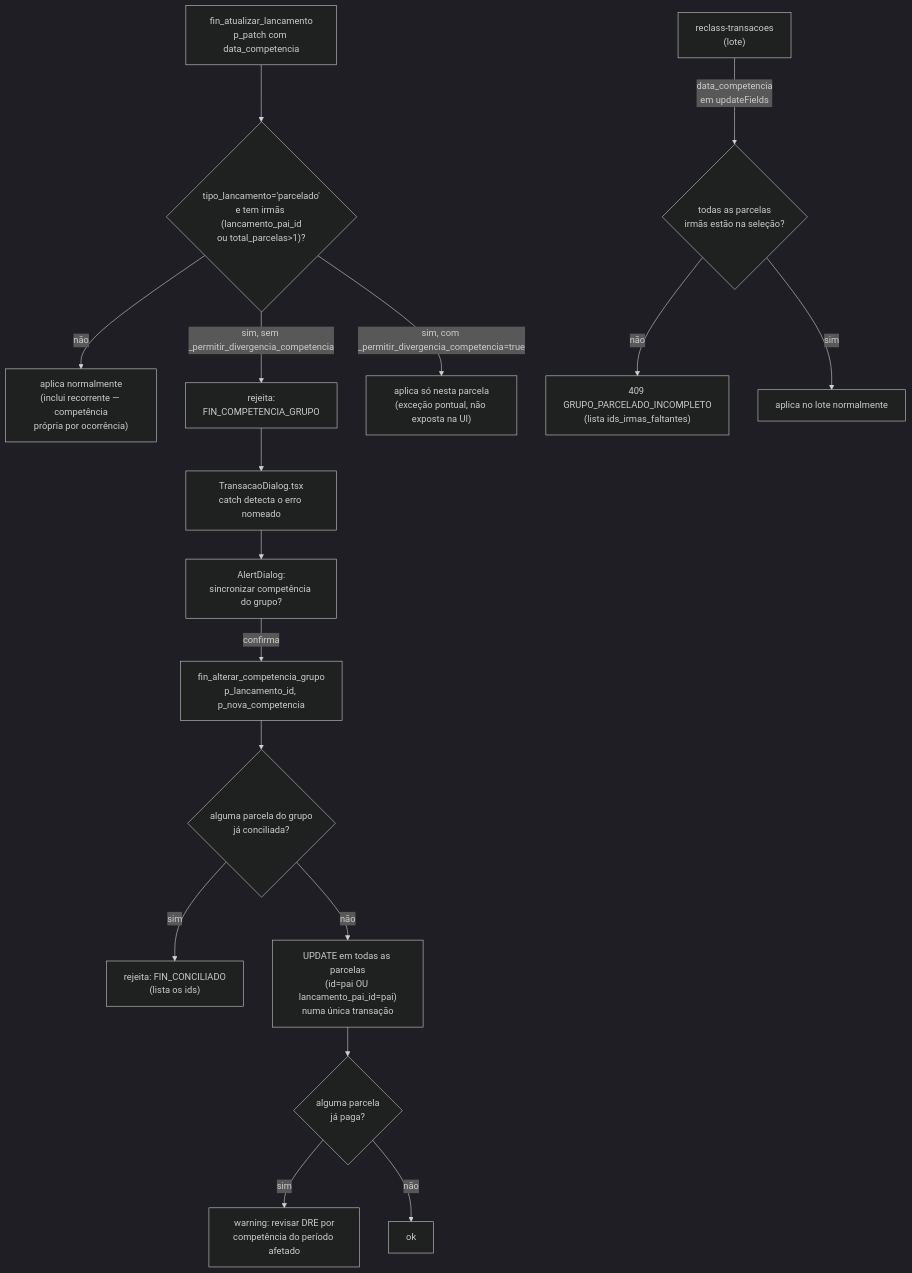
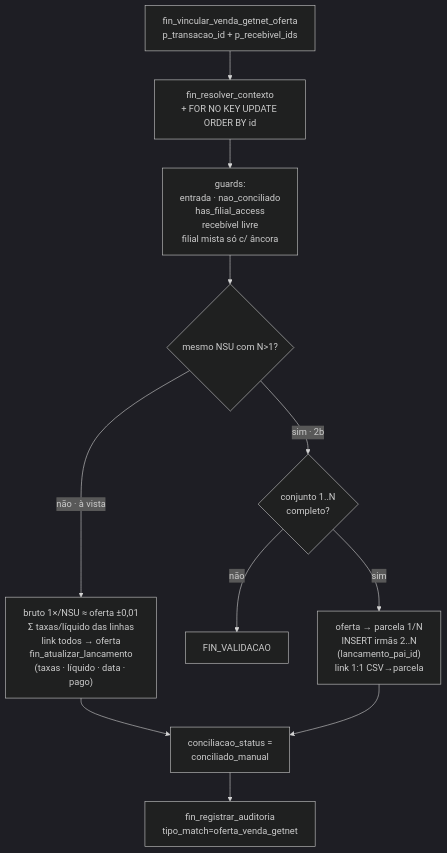
The diagram in docs/diagramas/exports/fluxo-financeiro_21.mmd (adrianoapc/igreja-carvalho), drawn with Mermaid (dark theme) before and after one commit. The commit also changed 31 other files, not shown here.

Commit message:
chore(diagrams): export mermaid PNGs

```diff
--- a/docs/diagramas/exports/fluxo-financeiro_21.mmd
+++ b/docs/diagramas/exports/fluxo-financeiro_21.mmd
@@ -1,22 +1,12 @@
 flowchart TD
-    EDIT["fin_atualizar_lancamento\np_patch com data_competencia"]
-    CHECK{"tipo_lancamento='parcelado'\ne tem irmãs (lancamento_pai_id\nou total_parcelas>1)?"}
-    EDIT --> CHECK
-    CHECK -->|não| APLICA["aplica normalmente\n(inclui recorrente — competência\nprópria por ocorrência)"]
-    CHECK -->|"sim, sem _permitir_divergencia_competencia"| BLOQ["rejeita:\nFIN_COMPETENCIA_GRUPO"]
-    CHECK -->|"sim, com _permitir_divergencia_competencia=true"| ESCAPE["aplica só nesta parcela\n(exceção pontual, não exposta na UI)"]
-
-    BLOQ --> UI["TransacaoDialog.tsx\ncatch detecta o erro nomeado"]
-    UI --> CONFIRMA["AlertDialog:\nsincronizar competência do grupo?"]
-    CONFIRMA -->|confirma| SYNC["fin_alterar_competencia_grupo\np_lancamento_id, p_nova_competencia"]
-
-    SYNC --> CONCILIADA{"alguma parcela do grupo\njá conciliada?"}
-    CONCILIADA -->|sim| REJ["rejeita: FIN_CONCILIADO\n(lista os ids)"]
-    CONCILIADA -->|não| UPDATE["UPDATE em todas as parcelas\n(id=pai OU lancamento_pai_id=pai)\nnuma única transação"]
-    UPDATE --> WARN{"alguma parcela\njá paga?"}
-    WARN -->|sim| AVISO["warning: revisar DRE por\ncompetência do período afetado"]
-    WARN -->|não| OK["ok"]
-
-    RECLASS["reclass-transacoes\n(lote)"] -->|"data_competencia\nem updateFields"| GRUPO{"todas as parcelas\nirmãs estão na seleção?"}
-    GRUPO -->|não| REJ2["409 GRUPO_PARCELADO_INCOMPLETO\n(lista ids_irmas_faltantes)"]
-    GRUPO -->|sim| APLICA2["aplica no lote normalmente"]
+    IN["fin_vincular_venda_getnet_oferta\np_transacao_id + p_recebivel_ids"]
+    IN --> CTX["fin_resolver_contexto\n+ FOR NO KEY UPDATE ORDER BY id"]
+    CTX --> G["guards:\nentrada · nao_conciliado\nhas_filial_access\nrecebível livre\nfilial mista só c/ âncora"]
+    G --> P{"mesmo NSU com N>1?"}
+    P -->|não · à vista| AV["bruto 1×/NSU ≈ oferta ±0,01\nΣ taxas/líquido das linhas\nlink todos → oferta\nfin_atualizar_lancamento\n(taxas · líquido · data · pago)"]
+    P -->|sim · 2b| COMP{"conjunto 1..N\ncompleto?"}
+    COMP -->|não| REJ["FIN_VALIDACAO"]
+    COMP -->|sim| PAR["oferta → parcela 1/N\nINSERT irmãs 2..N\n(lancamento_pai_id)\nlink 1:1 CSV→parcela"]
+    AV --> CM["conciliacao_status =\nconciliado_manual"]
+    PAR --> CM
+    CM --> AUD["fin_registrar_auditoria\ntipo_match=oferta_venda_getnet"]
```
